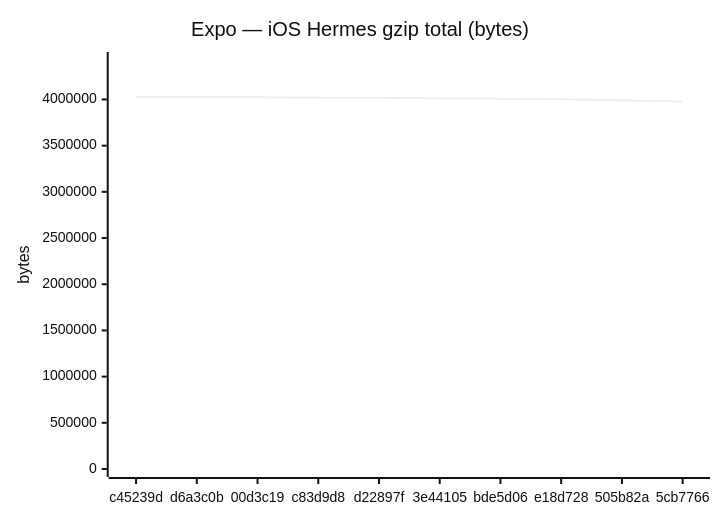
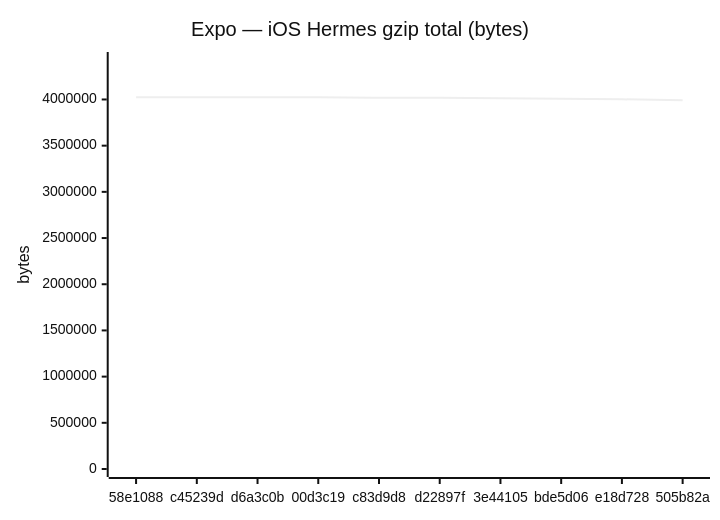
The sixth of 18 diagrams in benchmarks/compare.md (Metaheurist/Rianell), drawn with Mermaid (neutral theme) before and after one commit. The commit also changed other lines of this file and 11 other files, not shown here.

````diff
--- a/benchmarks/compare.md
+++ b/benchmarks/compare.md
@@ -96,7 +96,7 @@
 ```mermaid
 xychart-beta
     title "Expo — iOS Hermes gzip total (bytes)"
-    x-axis ["c45239d", "d6a3c0b", "00d3c19", "c83d9d8", "d22897f", "3e44105", "bde5d06", "e18d728", "505b82a", "5cb7766"]
+    x-axis ["58e1088", "c45239d", "d6a3c0b", "00d3c19", "c83d9d8", "d22897f", "3e44105", "bde5d06", "e18d728", "505b82a"]
     y-axis "bytes" 0 --> 4427238
-    line [4023650, 4023645, 4024761, 4017281, 4017565, 4012063, 4008470, 4002116, 3990384, 3978033]
+    line [4023650, 4023650, 4023645, 4024761, 4017281, 4017565, 4012063, 4008470, 4002116, 3990384]
 ```
````
